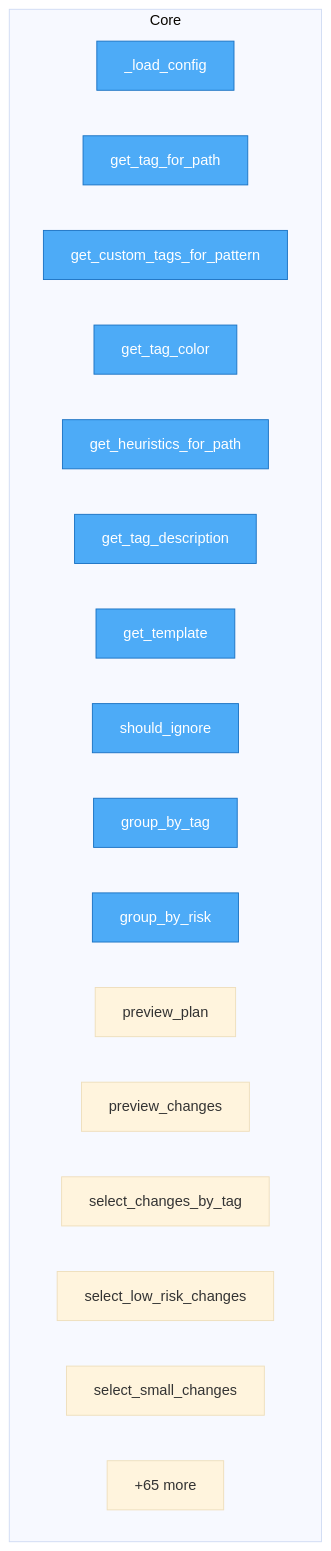
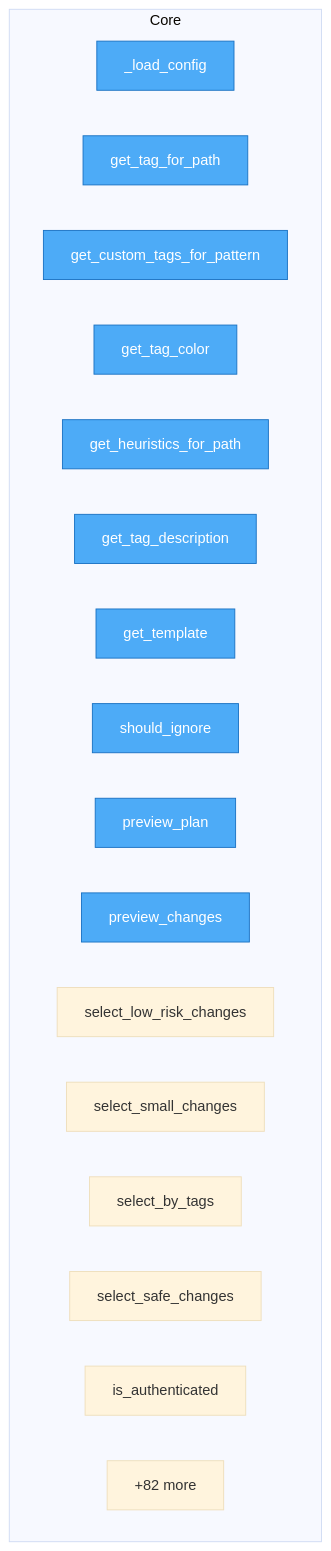
Before and after one commit to semcod/tagi: the diagram in project/flow.mmd, drawn with Mermaid (base theme). The commit also changed 42 other files, not shown here.

```diff
--- a/project/flow.mmd
+++ b/project/flow.mmd
@@ -1,26 +1,26 @@
 flowchart TD
-%% generated in 0.00s
+%% generated in 0.01s
 
     %% Entry points (blue)
     classDef entry fill:#4dabf7,stroke:#1971c2,color:#fff
 
     subgraph Core
         src__tagi__config__Config___load_config["_load_config"]
         src__tagi__config__Config__get_tag_for_path["get_tag_for_path"]
         src__tagi__config__Config__get_custom_tags_for_pattern["get_custom_tags_for_pattern"]
         src__tagi__config__Config__get_tag_color["get_tag_color"]
         src__tagi__config__Config__get_heuristics_for_path["get_heuristics_for_path"]
         src__tagi__config__Config__get_tag_description["get_tag_description"]
         src__tagi__config__Config__get_template["get_template"]
         src__tagi__config__Config__should_ignore["should_ignore"]
-        src__tagi__planner__grouper__group_by_tag["group_by_tag"]
-        src__tagi__planner__grouper__group_by_risk["group_by_risk"]
         src__tagi__planner__preview__preview_plan["preview_plan"]
         src__tagi__planner__preview__preview_changes["preview_changes"]
-        src__tagi__planner__selector__select_changes_by_tag["select_changes_by_tag"]
         src__tagi__planner__selector__select_low_risk_changes["select_low_risk_changes"]
         src__tagi__planner__selector__select_small_changes["select_small_changes"]
-        ...["+65 more"]
+        src__tagi__planner__selector__select_by_tags["select_by_tags"]
+        src__tagi__planner__selector__select_safe_changes["select_safe_changes"]
+        src__tagi__providers__base__BaseProvider__is_authenticated["is_authenticated"]
+        ...["+82 more"]
     end
 
-    class src__tagi__config__Config___load_config,src__tagi__config__Config__get_tag_for_path,src__tagi__config__Config__get_custom_tags_for_pattern,src__tagi__config__Config__get_tag_color,src__tagi__config__Config__get_heuristics_for_path,src__tagi__config__Config__get_tag_description,src__tagi__config__Config__get_template,src__tagi__config__Config__should_ignore,src__tagi__planner__grouper__group_by_tag,src__tagi__planner__grouper__group_by_risk entry
+    class src__tagi__config__Config___load_config,src__tagi__config__Config__get_tag_for_path,src__tagi__config__Config__get_custom_tags_for_pattern,src__tagi__config__Config__get_tag_color,src__tagi__config__Config__get_heuristics_for_path,src__tagi__config__Config__get_tag_description,src__tagi__config__Config__get_template,src__tagi__config__Config__should_ignore,src__tagi__planner__preview__preview_plan,src__tagi__planner__preview__preview_changes entry
```
